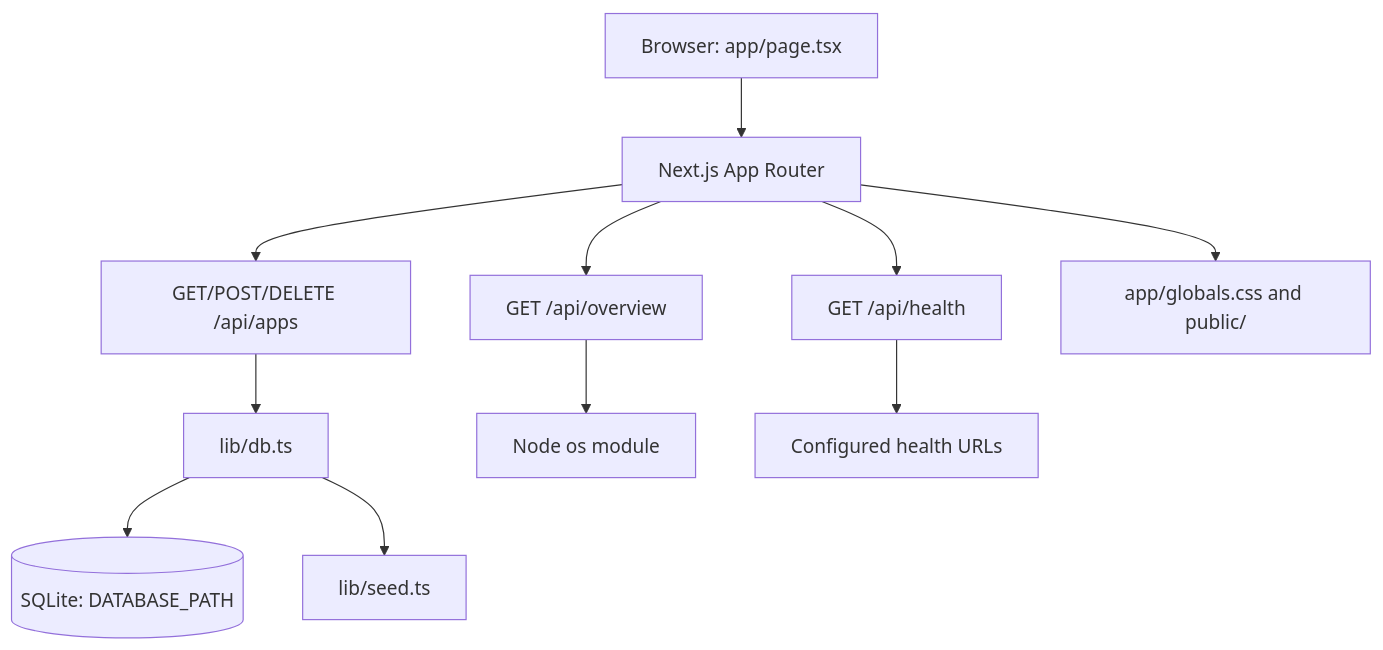
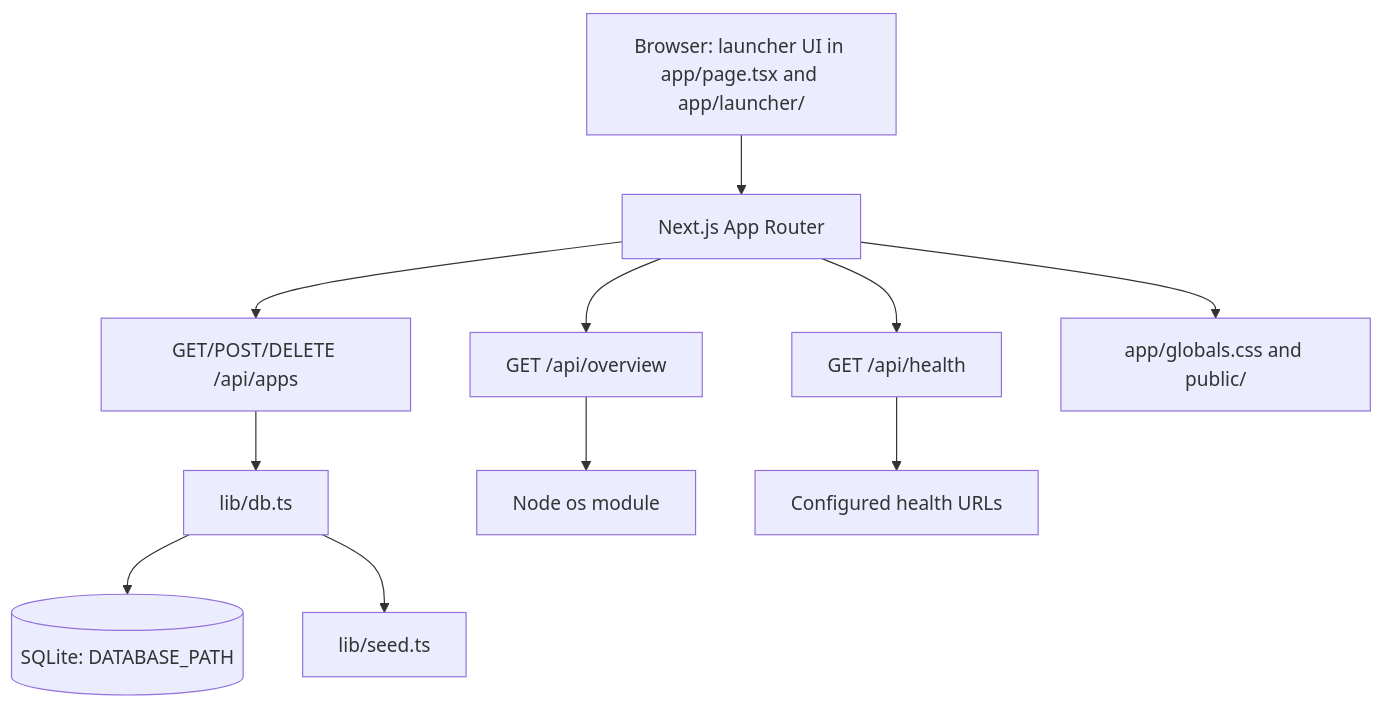
Before and after one commit to wehyn/homeserver: the diagram in AGENTS.md, drawn with Mermaid. The commit also changed other lines of this file and 10 other files, not shown here.

````diff
--- a/AGENTS.md
+++ b/AGENTS.md
@@ -25,13 +25,13 @@
 ```mermaid
 flowchart TD
-    Browser[Browser: app/page.tsx] --> Next[Next.js App Router]
+    Browser[Browser: launcher UI in app/page.tsx and app/launcher/] --> Next[Next.js App Router]
     Next --> AppsAPI[GET/POST/DELETE /api/apps]
     Next --> HealthAPI[GET /api/health]
     Next --> OverviewAPI[GET /api/overview]
     AppsAPI --> DB[lib/db.ts]
     DB --> SQLite[(SQLite: DATABASE_PATH)]
     DB --> Seed[lib/seed.ts]
     OverviewAPI --> OS[Node os module]
     HealthAPI --> Services[Configured health URLs]
     Next --> Static[app/globals.css and public/]
 ```
````
